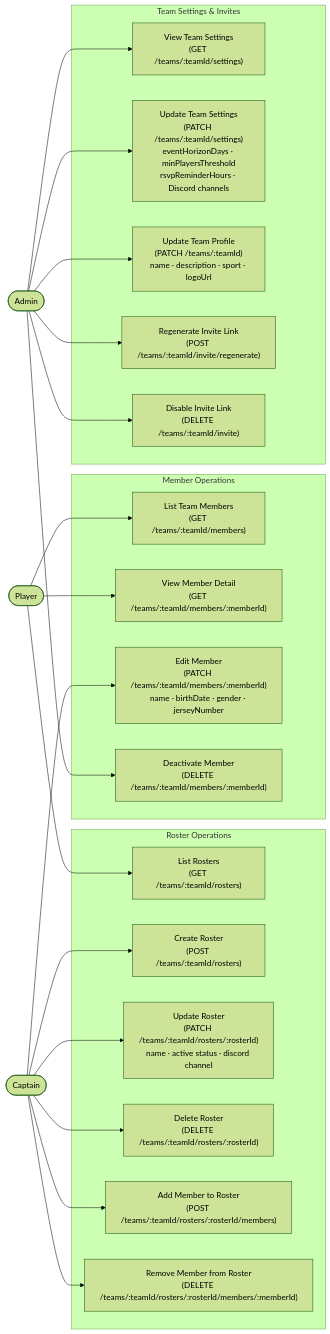
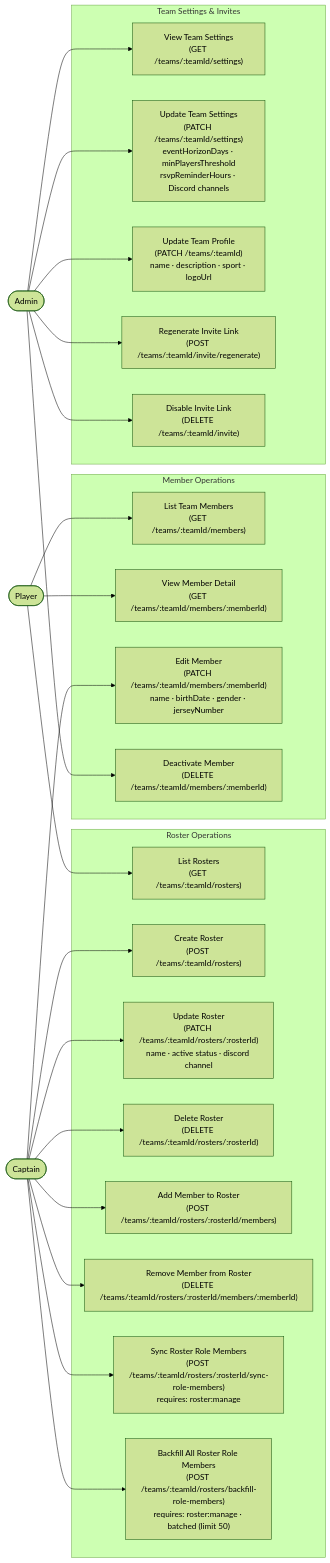
The third of 11 diagrams in docs/thesis/use-cases.md (maxa-ondrej/sideline), drawn with Mermaid (forest theme) before and after one commit. The commit also changed 15 other files, not shown here.

First line of the commit message:
fix(server,web): backfill members into existing Discord roster roles (#435)

````diff
--- a/docs/thesis/use-cases.md
+++ b/docs/thesis/use-cases.md
@@ -327,46 +327,50 @@
 ```mermaid
 flowchart LR
     PL(["Player"])
     CP(["Captain"])
     AD(["Admin"])
 
     subgraph MEMBER["Member Operations"]
         UC_LIST_MEMBERS["List Team Members\n(GET /teams/:teamId/members)"]
         UC_GET_MEMBER["View Member Detail\n(GET /teams/:teamId/members/:memberId)"]
         UC_EDIT_MEMBER["Edit Member\n(PATCH /teams/:teamId/members/:memberId)\nname · birthDate · gender · jerseyNumber"]
         UC_REMOVE_MEMBER["Deactivate Member\n(DELETE /teams/:teamId/members/:memberId)"]
     end
 
     subgraph ROSTER["Roster Operations"]
         UC_LIST_ROSTERS["List Rosters\n(GET /teams/:teamId/rosters)"]
         UC_CREATE_ROSTER["Create Roster\n(POST /teams/:teamId/rosters)"]
         UC_UPDATE_ROSTER["Update Roster\n(PATCH /teams/:teamId/rosters/:rosterId)\nname · active status · discord channel"]
         UC_DELETE_ROSTER["Delete Roster\n(DELETE /teams/:teamId/rosters/:rosterId)"]
         UC_ADD_ROSTER_MEMBER["Add Member to Roster\n(POST /teams/:teamId/rosters/:rosterId/members)"]
         UC_REMOVE_ROSTER_MEMBER["Remove Member from Roster\n(DELETE /teams/:teamId/rosters/:rosterId/members/:memberId)"]
+        UC_SYNC_ROSTER_ROLE["Sync Roster Role Members\n(POST /teams/:teamId/rosters/:rosterId/sync-role-members)\nrequires: roster:manage"]
+        UC_BACKFILL_ROSTER_ROLES["Backfill All Roster Role Members\n(POST /teams/:teamId/rosters/backfill-role-members)\nrequires: roster:manage · batched (limit 50)"]
     end
 
     subgraph SETTINGS["Team Settings & Invites"]
         UC_GET_SETTINGS["View Team Settings\n(GET /teams/:teamId/settings)"]
         UC_UPDATE_SETTINGS["Update Team Settings\n(PATCH /teams/:teamId/settings)\neventHorizonDays · minPlayersThreshold\nrsvpReminderHours · Discord channels"]
         UC_UPDATE_TEAM["Update Team Profile\n(PATCH /teams/:teamId)\nname · description · sport · logoUrl"]
         UC_REGEN_INVITE["Regenerate Invite Link\n(POST /teams/:teamId/invite/regenerate)"]
         UC_DISABLE_INVITE["Disable Invite Link\n(DELETE /teams/:teamId/invite)"]
     end
 
     PL --> UC_LIST_MEMBERS
     PL --> UC_GET_MEMBER
     PL --> UC_LIST_ROSTERS
     CP --> UC_EDIT_MEMBER
     CP --> UC_CREATE_ROSTER
     CP --> UC_UPDATE_ROSTER
     CP --> UC_DELETE_ROSTER
     CP --> UC_ADD_ROSTER_MEMBER
     CP --> UC_REMOVE_ROSTER_MEMBER
+    CP --> UC_SYNC_ROSTER_ROLE
+    CP --> UC_BACKFILL_ROSTER_ROLES
     AD --> UC_REMOVE_MEMBER
     AD --> UC_GET_SETTINGS
     AD --> UC_UPDATE_SETTINGS
     AD --> UC_UPDATE_TEAM
     AD --> UC_REGEN_INVITE
     AD --> UC_DISABLE_INVITE
 ```
````
